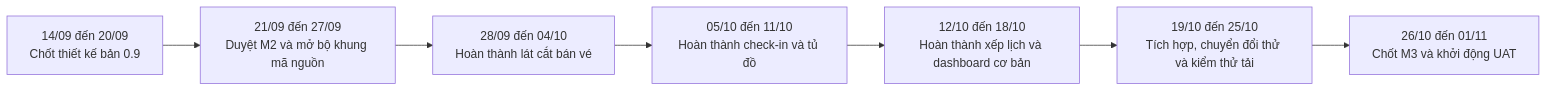
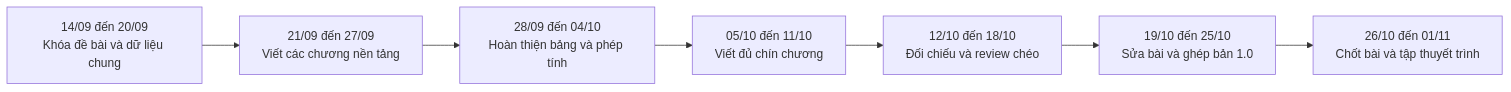
The first of 2 diagrams in specs/05-delivery/08-weekly-execution-plan.md (vuthanhhnguyenn/SunSwim-spec), drawn with Mermaid before and after one commit. The commit also changed other lines of this file, not shown here.

````diff
--- a/specs/05-delivery/08-weekly-execution-plan.md
+++ b/specs/05-delivery/08-weekly-execution-plan.md
@@ -27,9 +66,9 @@
 ```mermaid
 flowchart LR
-    W1["14/09 đến 20/09<br/>Chốt thiết kế bản 0.9"] --> W2["21/09 đến 27/09<br/>Duyệt M2 và mở bộ khung mã nguồn"]
-    W2 --> W3["28/09 đến 04/10<br/>Hoàn thành lát cắt bán vé"]
-    W3 --> W4["05/10 đến 11/10<br/>Hoàn thành check-in và tủ đồ"]
-    W4 --> W5["12/10 đến 18/10<br/>Hoàn thành xếp lịch và dashboard cơ bản"]
-    W5 --> W6["19/10 đến 25/10<br/>Tích hợp, chuyển đổi thử và kiểm thử tải"]
-    W6 --> W7["26/10 đến 01/11<br/>Chốt M3 và khởi động UAT"]
+    W1["14/09 đến 20/09<br/>Khóa đề bài và dữ liệu chung"] --> W2["21/09 đến 27/09<br/>Viết các chương nền tảng"]
+    W2 --> W3["28/09 đến 04/10<br/>Hoàn thiện bảng và phép tính"]
+    W3 --> W4["05/10 đến 11/10<br/>Viết đủ chín chương"]
+    W4 --> W5["12/10 đến 18/10<br/>Đối chiếu và review chéo"]
+    W5 --> W6["19/10 đến 25/10<br/>Sửa bài và ghép bản 1.0"]
+    W6 --> W7["26/10 đến 01/11<br/>Chốt bài và tập thuyết trình"]
 ```
````
